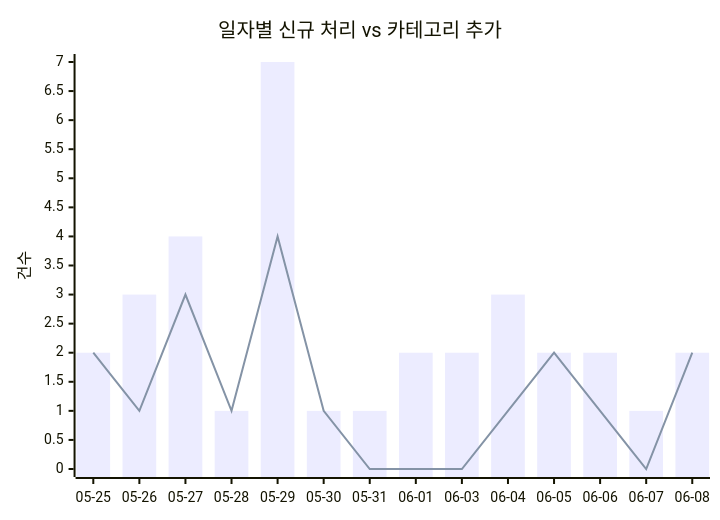
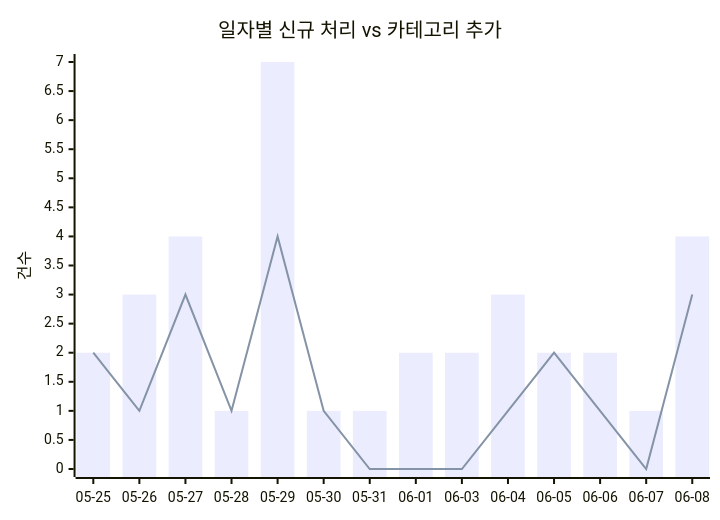
The first of 2 diagrams in docs/trends.md (J-nowcow/awesome-korean-agent-skills), drawn with Mermaid before and after one commit. The commit also changed other lines of this file and 4 other files, not shown here.

````diff
--- a/docs/trends.md
+++ b/docs/trends.md
@@ -32,8 +32,8 @@
 ```mermaid
 xychart-beta
     title "일자별 신규 처리 vs 카테고리 추가"
     x-axis ["05-25","05-26","05-27","05-28","05-29","05-30","05-31","06-01","06-03","06-04","06-05","06-06","06-07","06-08"]
     y-axis "건수"
-    bar [2,3,4,1,7,1,1,2,2,3,2,2,1,2]
-    line [2,1,3,1,4,1,0,0,0,1,2,1,0,2]
+    bar [2,3,4,1,7,1,1,2,2,3,2,2,1,4]
+    line [2,1,3,1,4,1,0,0,0,1,2,1,0,3]
 ```
````
